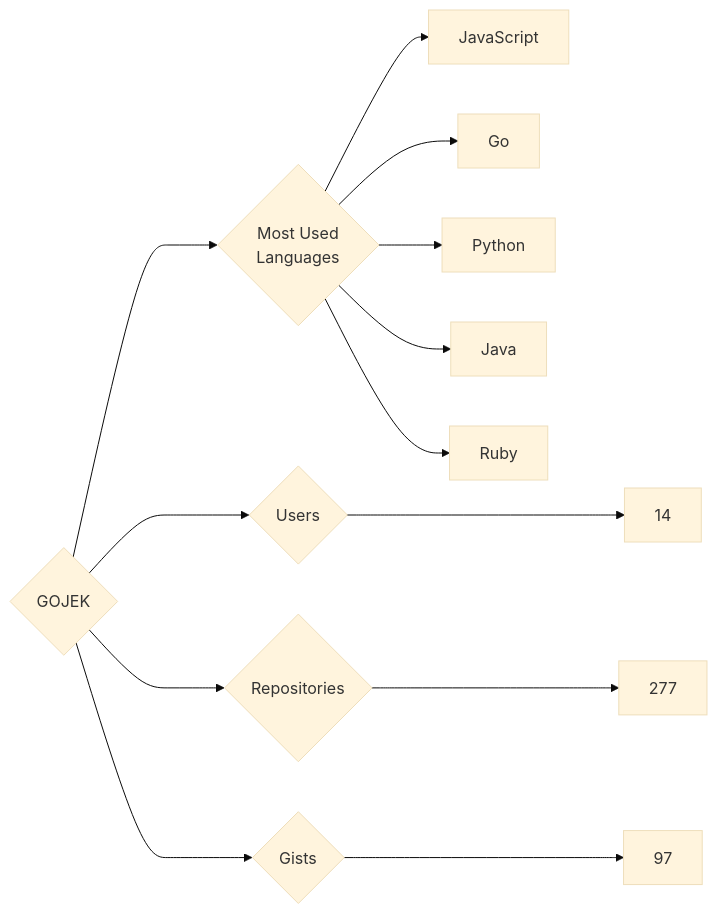
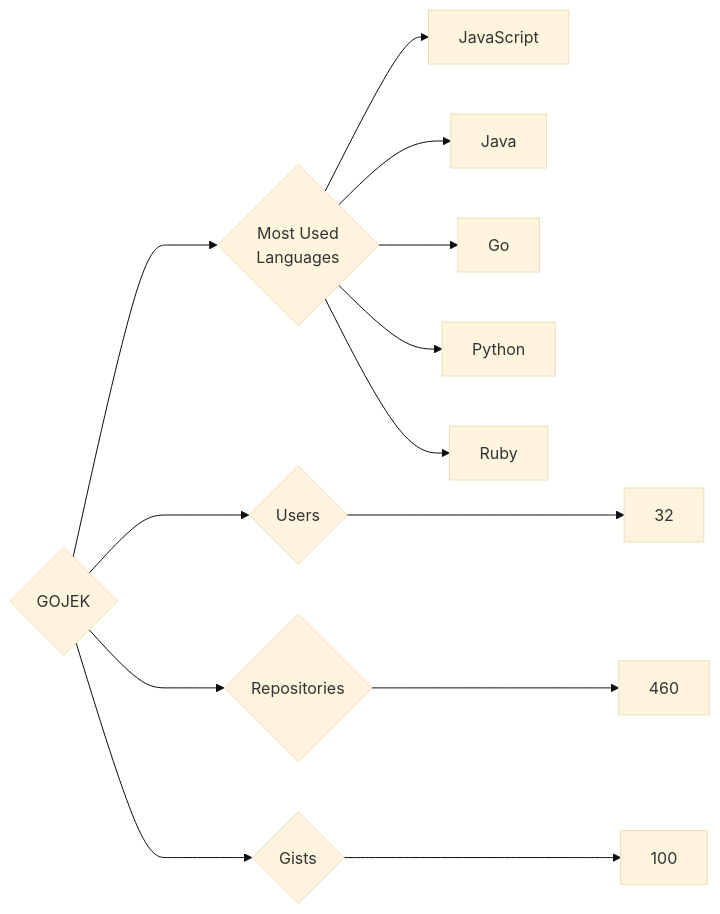
One commit to trickest/insiders changed the diagram in targets/GOJEK/README.md. Above: the diagram before and after it, drawn with Mermaid (base theme). The commit also changed 912 other files, not shown here.

````diff
--- a/targets/GOJEK/README.md
+++ b/targets/GOJEK/README.md
@@ -3,13 +3,13 @@
 ```mermaid
 graph LR
 COMPANY_NAME{GOJEK}
-COMPANY_NAME ---> U{Users} ---> UN[14]
-COMPANY_NAME ---> R{Repositories} ---> RN[277]
-COMPANY_NAME ---> G{Gists} ---> GN[97]
+COMPANY_NAME ---> U{Users} ---> UN[32]
+COMPANY_NAME ---> R{Repositories} ---> RN[460]
+COMPANY_NAME ---> G{Gists} ---> GN[100]
 COMPANY_NAME ---> ML{Most Used<br>Languages}
 ML --> JavaScript[JavaScript]
+ML --> Java[Java]
 ML --> Go[Go]
 ML --> Python[Python]
-ML --> Java[Java]
 ML --> Ruby[Ruby]
 ```
````
